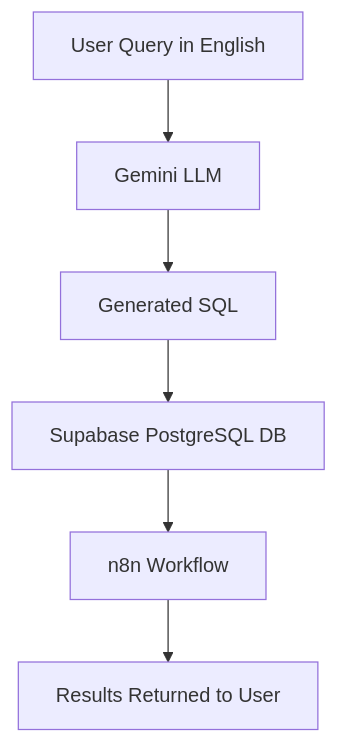
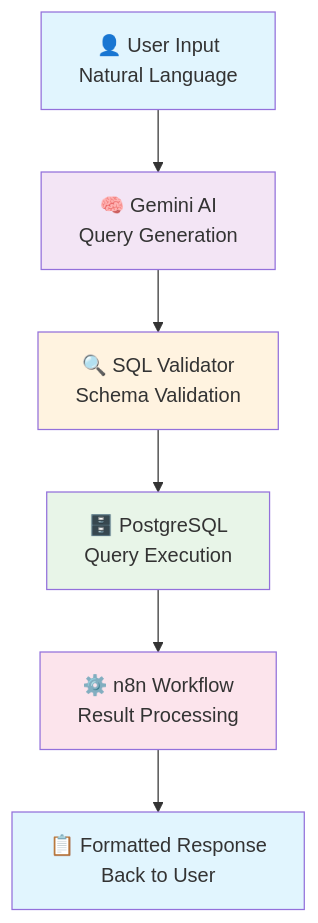
The diagram in README.md (KushagraSaxena19/SQL-Agent-Project), drawn with Mermaid before and after one commit. The commit also changed other lines of this file, not shown here.

````diff
--- a/README.md
+++ b/README.md
@@ -40,8 +59,15 @@
 ```mermaid
-flowchart TD
-    A[User Query in English] --> B[Gemini LLM]
-    B --> C[Generated SQL]
-    C --> D[Supabase PostgreSQL DB]
-    D --> E[n8n Workflow]
-    E --> F[Results Returned to User]
+graph TD
+    A[👤 User Input<br/>Natural Language] --> B[🧠 Gemini AI<br/>Query Generation]
+    B --> C[🔍 SQL Validator<br/>Schema Validation]
+    C --> D[🗄️ PostgreSQL<br/>Query Execution]
+    D --> E[⚙️ n8n Workflow<br/>Result Processing]
+    E --> F[📋 Formatted Response<br/>Back to User]
+    
+    style A fill:#e1f5fe
+    style B fill:#f3e5f5
+    style C fill:#fff3e0
+    style D fill:#e8f5e8
+    style E fill:#fce4ec
+    style F fill:#e1f5fe
 ```
````
